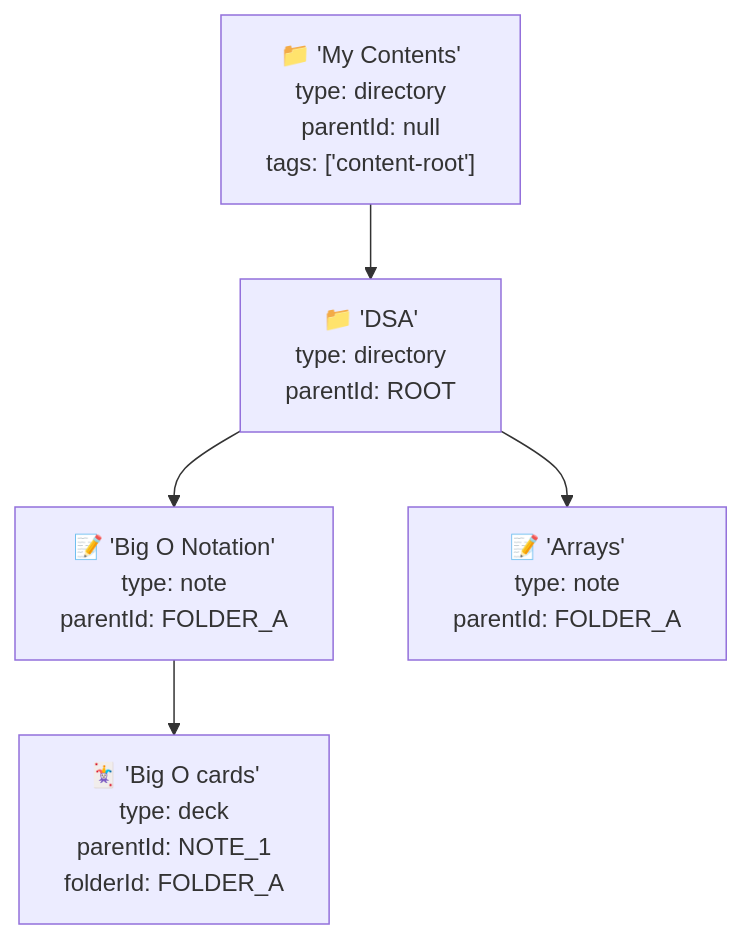
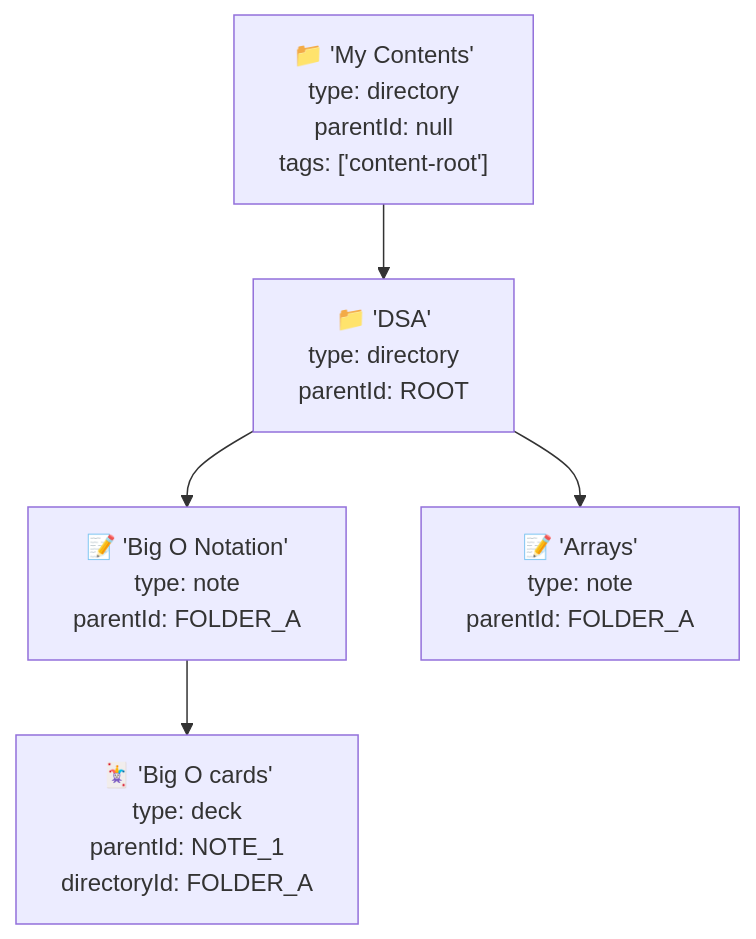
One commit to joaopmafra/sapie changed the second of 2 diagrams in docs/dev/storage_model.md. Above: the diagram before and after it, drawn with Mermaid. The commit also changed other lines of this file and 25 other files, not shown here.

````diff
--- a/docs/dev/storage_model.md
+++ b/docs/dev/storage_model.md
@@ -60,13 +146,13 @@
 ```mermaid
 graph TD
     ROOT["📁 'My Contents'<br/>type: directory<br/>parentId: null<br/>tags: ['content-root']"]
     FOLDER_A["📁 'DSA'<br/>type: directory<br/>parentId: ROOT"]
     NOTE_1["📝 'Big O Notation'<br/>type: note<br/>parentId: FOLDER_A"]
-    DECK_1["🃏 'Big O cards'<br/>type: deck<br/>parentId: NOTE_1<br/>folderId: FOLDER_A"]
+    DECK_1["🃏 'Big O cards'<br/>type: deck<br/>parentId: NOTE_1<br/>directoryId: FOLDER_A"]
     NOTE_2["📝 'Arrays'<br/>type: note<br/>parentId: FOLDER_A"]
 
     ROOT --> FOLDER_A
     FOLDER_A --> NOTE_1
     FOLDER_A --> NOTE_2
     NOTE_1 --> DECK_1
 ```
````
